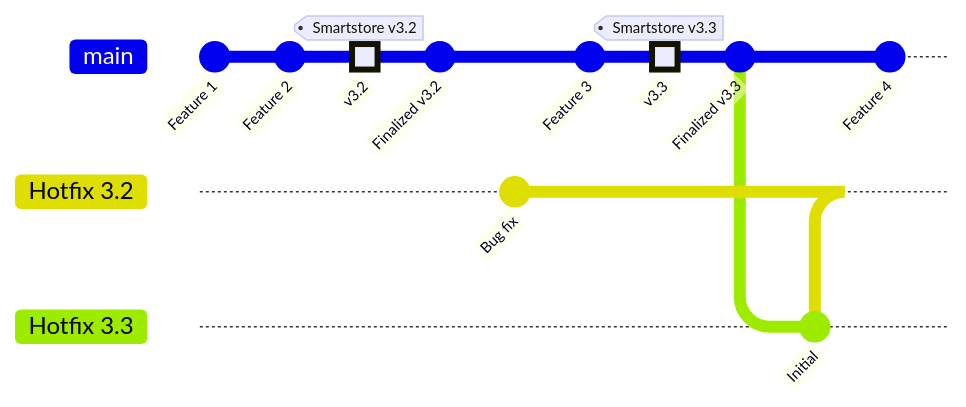
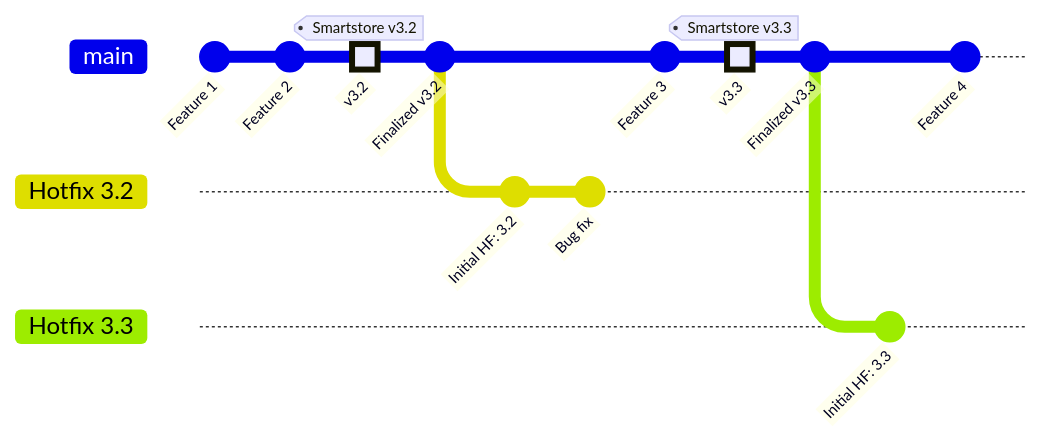
The diagram in .github/Mermaid_test.md (markwoerdenweber/Smartstore_YAML_Test), drawn with Mermaid before and after one commit.

````diff
--- a/.github/Mermaid_test.md
+++ b/.github/Mermaid_test.md
@@ -1,18 +1,18 @@
 ```mermaid
 gitGraph
   commit id: "Feature 1"
   commit id: "Feature 2"
   commit id: "v3.2" tag: "Smartstore v3.2" type:HIGHLIGHT
   commit id: "Finalized v3.2"
   branch "Hotfix 3.2"
-  commit id: "Initial"
+  commit id: "Initial HF: 3.2"
   commit id: "Bug fix"
   checkout main
   commit id: "Feature 3"
   commit id: "v3.3" tag: "Smartstore v3.3" type:HIGHLIGHT
   commit id: "Finalized v3.3"
   branch "Hotfix 3.3"
-  commit id: "Initial"
+  commit id: "Initial HF: 3.3"
   checkout main
   commit id: "Feature 4"
 ```
````
